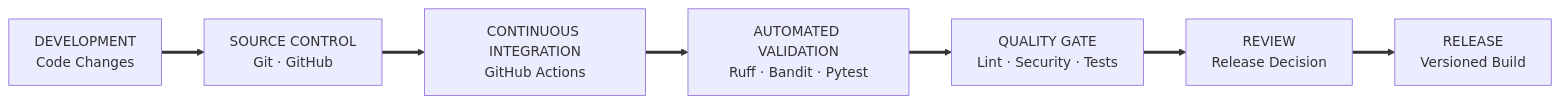
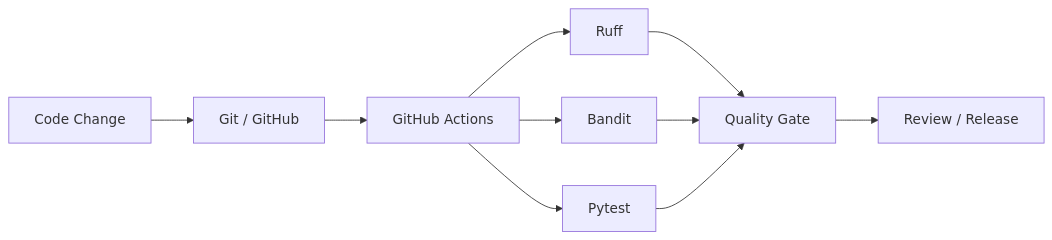
The sixth of 6 diagrams in README.md (ruveeha33/NuclearShield), drawn with Mermaid before and after one commit. The commit also changed other lines of this file, not shown here.

````diff
--- a/README.md
+++ b/README.md
@@ -742,19 +720,18 @@
 ```mermaid
 flowchart LR
 
-    A["DEVELOPMENT<br/>Code Changes"]
+    CODE["Code Change"]
+        --> GIT["Git / GitHub"]
 
-    B["SOURCE CONTROL<br/>Git · GitHub"]
+    GIT --> CI["GitHub Actions"]
 
-    C["CONTINUOUS INTEGRATION<br/>GitHub Actions"]
+    CI --> RUFF["Ruff"]
+    CI --> BANDIT["Bandit"]
+    CI --> PYTEST["Pytest"]
 
-    D["AUTOMATED VALIDATION<br/>Ruff · Bandit · Pytest"]
+    RUFF --> GATE["Quality Gate"]
+    BANDIT --> GATE
+    PYTEST --> GATE
 
-    E["QUALITY GATE<br/>Lint · Security · Tests"]
-
-    F["REVIEW<br/>Release Decision"]
-
-    G["RELEASE<br/>Versioned Build"]
-
-    A ==> B ==> C ==> D ==> E ==> F ==> G
+    GATE --> REVIEW["Review / Release"]
 ```
````
